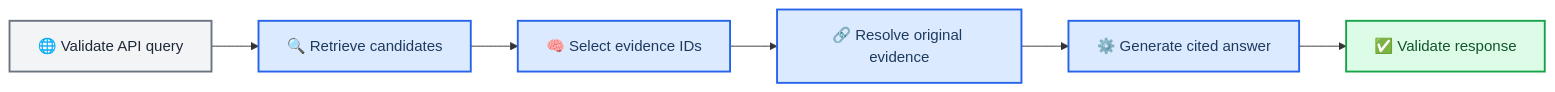
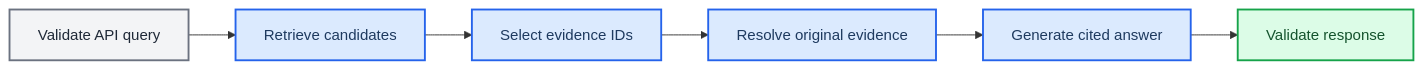
One commit to M1yanoShiho/IBM_Granite_Project changed the diagram in docs/architecture.md. Above: the diagram before and after it, drawn with Mermaid. The commit also changed other lines of this file and 15 other files, not shown here.

````diff
--- a/docs/architecture.md
+++ b/docs/architecture.md
@@ -23,19 +23,19 @@
 ```mermaid
 flowchart LR
     accTitle: Three Module Request Lifecycle
     accDescr: A validated query moves through retrieval, evidence selection, generation, and response validation while the Pipeline preserves evidence identity
 
-    validate[🌐 Validate API query] --> retrieve[🔍 Retrieve candidates]
-    retrieve --> select[🧠 Select evidence IDs]
-    select --> resolve[🔗 Resolve original evidence]
-    resolve --> generate[⚙️ Generate cited answer]
-    generate --> validate_response[✅ Validate response]
+    validate[Validate API query] --> retrieve[Retrieve candidates]
+    retrieve --> select[Select evidence IDs]
+    select --> resolve[Resolve original evidence]
+    resolve --> generate[Generate cited answer]
+    generate --> validate_response[Validate response]
 
     classDef api fill:#f3f4f6,stroke:#6b7280,stroke-width:2px,color:#1f2937
     classDef module fill:#dbeafe,stroke:#2563eb,stroke-width:2px,color:#1e3a5f
     classDef success fill:#dcfce7,stroke:#16a34a,stroke-width:2px,color:#14532d
 
     class validate api
     class retrieve,select,resolve,generate module
     class validate_response success
 ```
````
